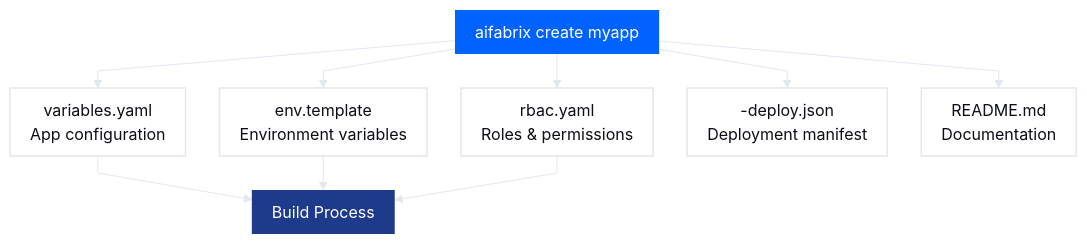
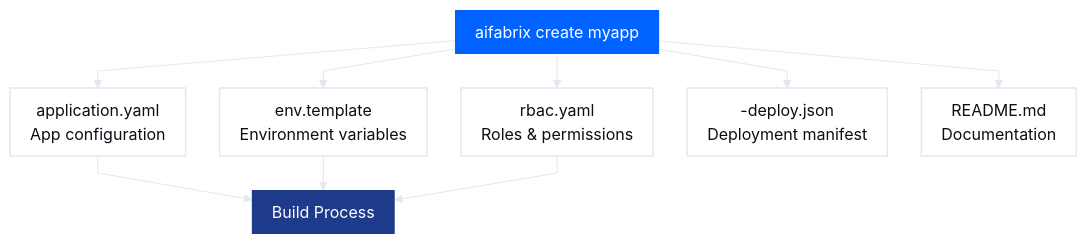
Before and after one commit to esystemsdev/aifabrix-builder: the second of 2 diagrams in docs/your-own-applications.md, drawn with Mermaid. The commit also changed other lines of this file and 259 other files, not shown here.

````diff
--- a/docs/your-own-applications.md
+++ b/docs/your-own-applications.md
@@ -102,44 +102,44 @@
 ```mermaid
 %%{init: {
   "theme": "base",
   "themeVariables": {
     "fontFamily": "Poppins, Arial Rounded MT Bold, Arial, sans-serif",
     "fontSize": "16px",
     "background": "#FFFFFF",
     "primaryColor": "#F8FAFC",
     "primaryTextColor": "#0B0E15",
     "primaryBorderColor": "#E2E8F0",
     "lineColor": "#E2E8F0",
     "textColor": "#0B0E15",
     "borderRadius": 16
   },
   "flowchart": {
     "curve": "linear",
     "nodeSpacing": 34,
     "rankSpacing": 34,
     "padding": 10
   }
 }}%%
 
 flowchart TD
 
 %% =======================
 %% Styles
 %% =======================
 classDef base fill:#FFFFFF,color:#0B0E15,stroke:#E2E8F0,stroke-width:1.5px;
 classDef medium fill:#1E3A8A,color:#ffffff,stroke-width:0px;
 classDef primary fill:#0062FF,color:#ffffff,stroke-width:0px;
 
 %% =======================
 %% Flow
 %% =======================
-Create[aifabrix create myapp]:::primary --> Variables[variables.yaml<br/>App configuration]:::base
+Create[aifabrix create myapp]:::primary --> Variables[application.yaml<br/>App configuration]:::base
 Create --> EnvTemplate[env.template<br/>Environment variables]:::base
 Create --> Rbac[rbac.yaml<br/>Roles & permissions]:::base
 Create --> DeployJson["<appKey>-deploy.json<br/>Deployment manifest"]:::base
 Create --> Readme[README.md<br/>Documentation]:::base
 
 Variables --> Build[Build Process]:::medium
 EnvTemplate --> Build
 Rbac --> Build
 ```
````
